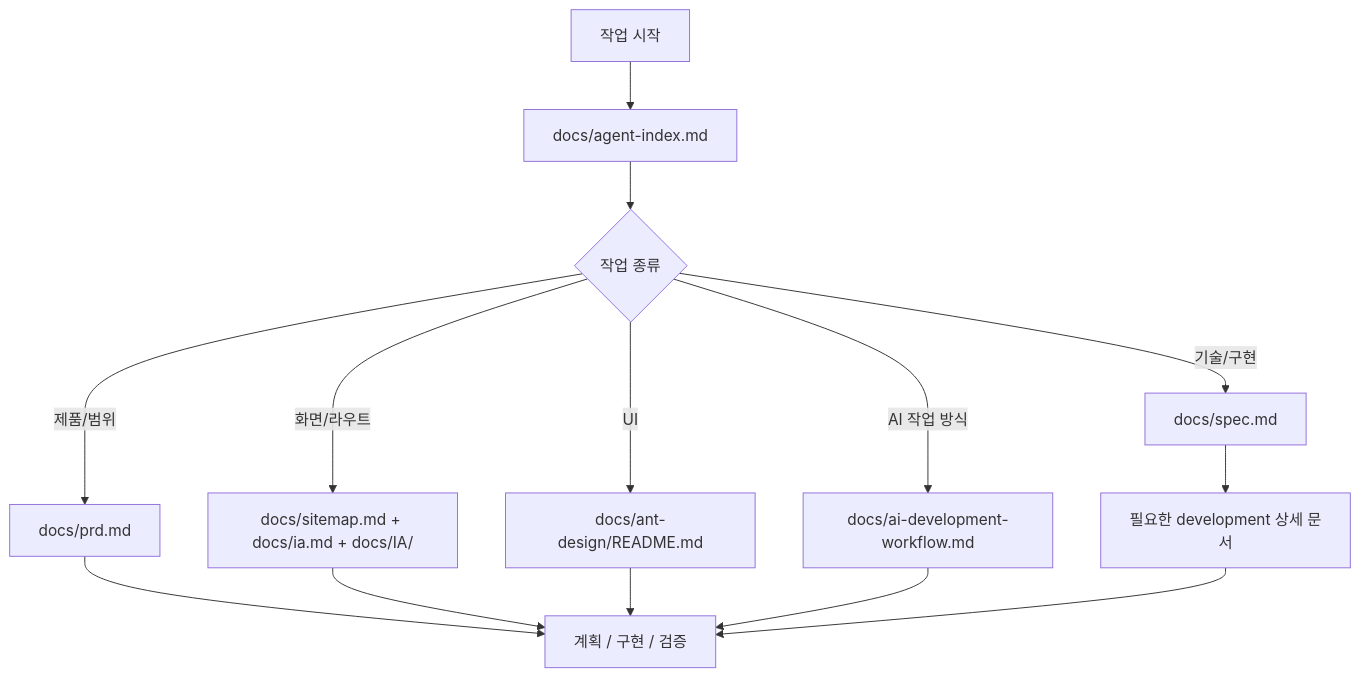
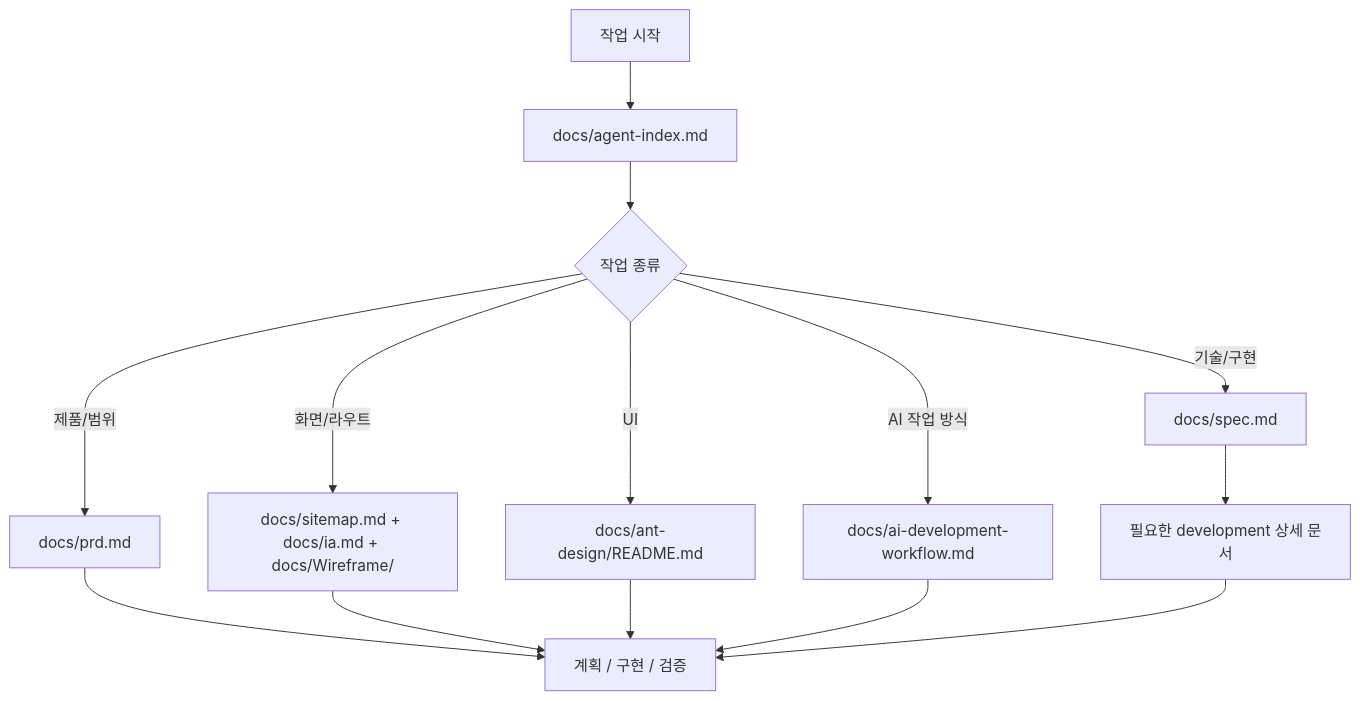
One commit to blackstarzck/topik-project-v13 changed the sixth of 8 diagrams in README.md. Above: the diagram before and after it, drawn with Mermaid. The commit also changed other lines of this file and 292 other files, not shown here.

````diff
--- a/README.md
+++ b/README.md
@@ -172,16 +172,16 @@
 ```mermaid
 flowchart TD
     A["작업 시작"] --> B["docs/agent-index.md"]
     B --> C{"작업 종류"}
     C -->|"제품/범위"| D["docs/prd.md"]
     C -->|"기술/구현"| E["docs/spec.md"]
-    C -->|"화면/라우트"| F["docs/sitemap.md + docs/ia.md + docs/IA/"]
+    C -->|"화면/라우트"| F["docs/sitemap.md + docs/ia.md + docs/Wireframe/"]
     C -->|"UI"| G["docs/ant-design/README.md"]
     C -->|"AI 작업 방식"| H["docs/ai-development-workflow.md"]
     E --> I["필요한 development 상세 문서"]
     D --> J["계획 / 구현 / 검증"]
     F --> J
     G --> J
     H --> J
     I --> J
 ```
````
